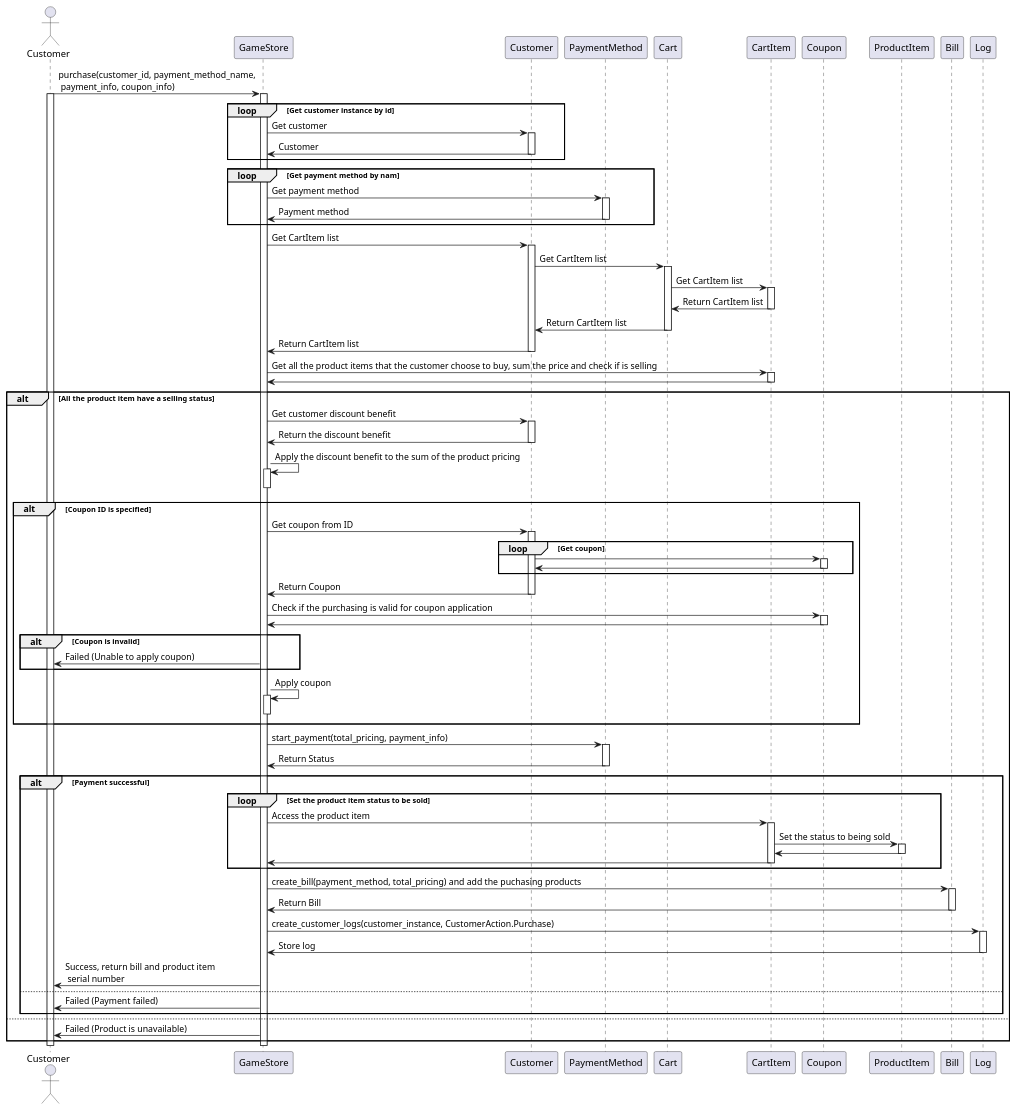
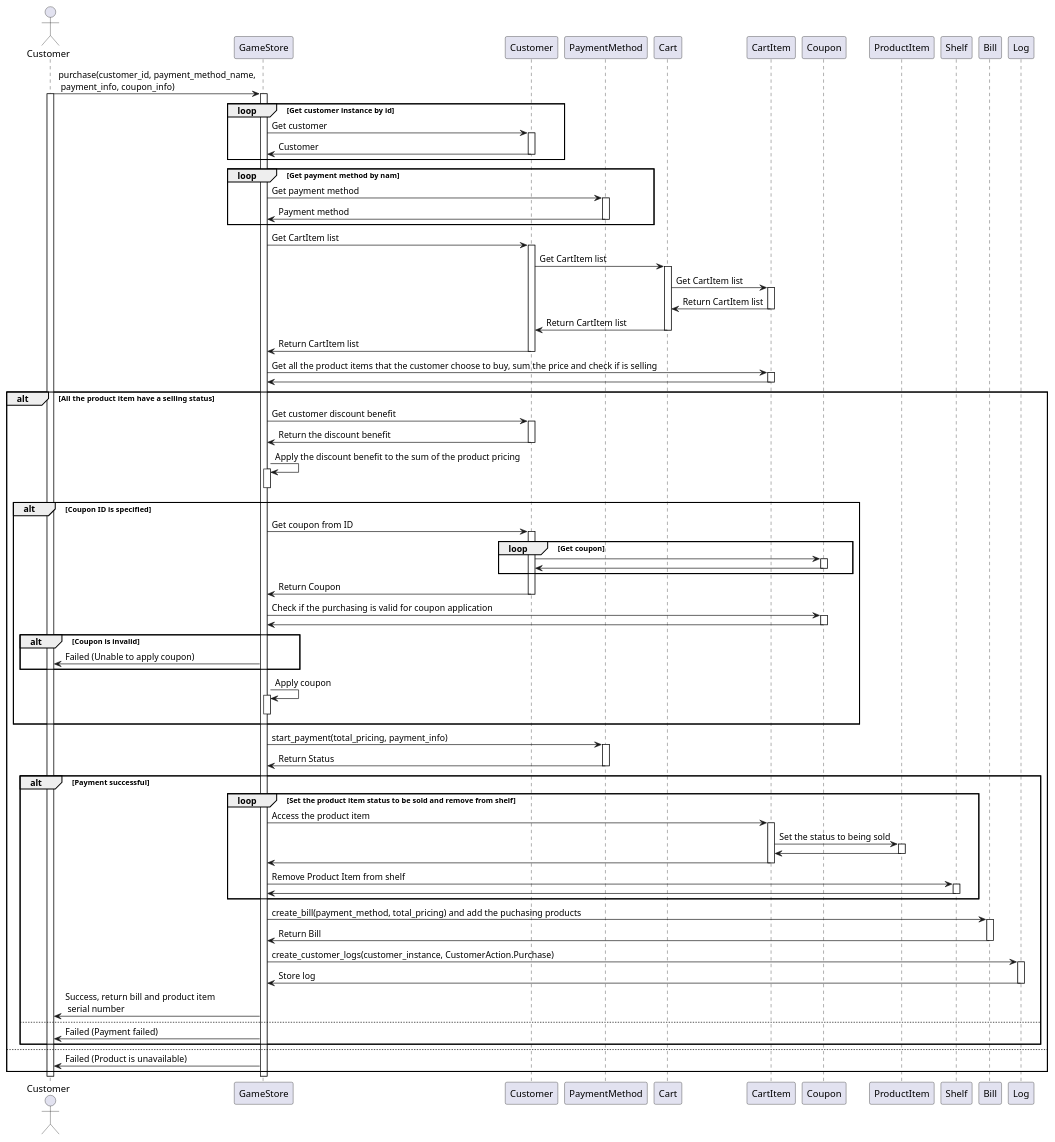
One commit to WaroonRagwongsiri/OOP_Project changed the diagram in SequenceDiagram/sequence_diagram_purchase.puml. Above: the diagram before and after it, drawn with PlantUML. The commit also changed 1 other file, not shown here.

Commit message:
Change purchase sequence

```diff
--- a/SequenceDiagram/sequence_diagram_purchase.puml
+++ b/SequenceDiagram/sequence_diagram_purchase.puml
@@ -1,116 +1,121 @@
 @startuml E
 
 actor Customer as CustomerA
 
 CustomerA -> GameStore : purchase(customer_id, payment_method_name,\n payment_info, coupon_info)
 activate CustomerA
 activate GameStore
 
 loop Get customer instance by id
     GameStore -> Customer : Get customer
     activate Customer
     Customer -> GameStore : Customer
     deactivate Customer
 end
 
 loop Get payment method by nam
     GameStore -> PaymentMethod : Get payment method
     activate PaymentMethod
     PaymentMethod -> GameStore : Payment method
     deactivate PaymentMethod
 end
 
 GameStore -> Customer : Get CartItem list
 activate Customer
 Customer -> Cart : Get CartItem list
 activate Cart
 Cart -> CartItem : Get CartItem list
 activate CartItem
 CartItem -> Cart : Return CartItem list
 deactivate CartItem
 Cart -> Customer : Return CartItem list
 deactivate Cart
 Customer -> GameStore : Return CartItem list
 deactivate Customer
 
 GameStore -> CartItem : Get all the product items that the customer choose to buy, sum the price and check if is selling
 activate CartItem
 CartItem -> GameStore
 deactivate CartItem
 
 alt All the product item have a selling status
     GameStore -> Customer : Get customer discount benefit
     activate Customer
     Customer -> GameStore : Return the discount benefit
     deactivate Customer
     GameStore -> GameStore : Apply the discount benefit to the sum of the product pricing
     activate GameStore
     deactivate GameStore
 
     alt Coupon ID is specified
         GameStore -> Customer : Get coupon from ID
         activate Customer
         loop Get coupon
             Customer -> Coupon
             activate Coupon
             Coupon -> Customer
             deactivate Coupon
         end
         Customer -> GameStore : Return Coupon
         deactivate Customer
 
         GameStore -> Coupon : Check if the purchasing is valid for coupon application
         activate Coupon
         Coupon -> GameStore
         deactivate Coupon
 
         alt Coupon is invalid
             GameStore -> CustomerA : Failed (Unable to apply coupon)
         end
 
         GameStore -> GameStore : Apply coupon
         activate GameStore
         deactivate GameStore
     end
 
     GameStore -> PaymentMethod : start_payment(total_pricing, payment_info)
     activate PaymentMethod
     PaymentMethod -> GameStore : Return Status
     deactivate PaymentMethod
 
     alt Payment successful
-        loop Set the product item status to be sold
+        loop Set the product item status to be sold and remove from shelf
             GameStore -> CartItem : Access the product item
             activate CartItem
             CartItem -> ProductItem : Set the status to being sold
             activate ProductItem
             ProductItem -> CartItem
             deactivate ProductItem
             CartItem -> GameStore
             deactivate CartItem
+
+            GameStore -> Shelf : Remove Product Item from shelf
+            activate Shelf
+            Shelf -> GameStore
+            deactivate Shelf
         end
 
         GameStore -> Bill : create_bill(payment_method, total_pricing) and add the puchasing products
         activate Bill
         Bill -> GameStore : Return Bill
         deactivate Bill
 
         GameStore -> Log : create_customer_logs(customer_instance, CustomerAction.Purchase)
         activate Log
         Log -> GameStore : Store log
         deactivate Log
 
         GameStore -> CustomerA : Success, return bill and product item\n serial number
     else
         GameStore -> CustomerA : Failed (Payment failed)
     end
 else
     GameStore -> CustomerA : Failed (Product is unavailable)
 end
 
 
 
 deactivate GameStore
 deactivate CustomerA
 
 @enduml
```
